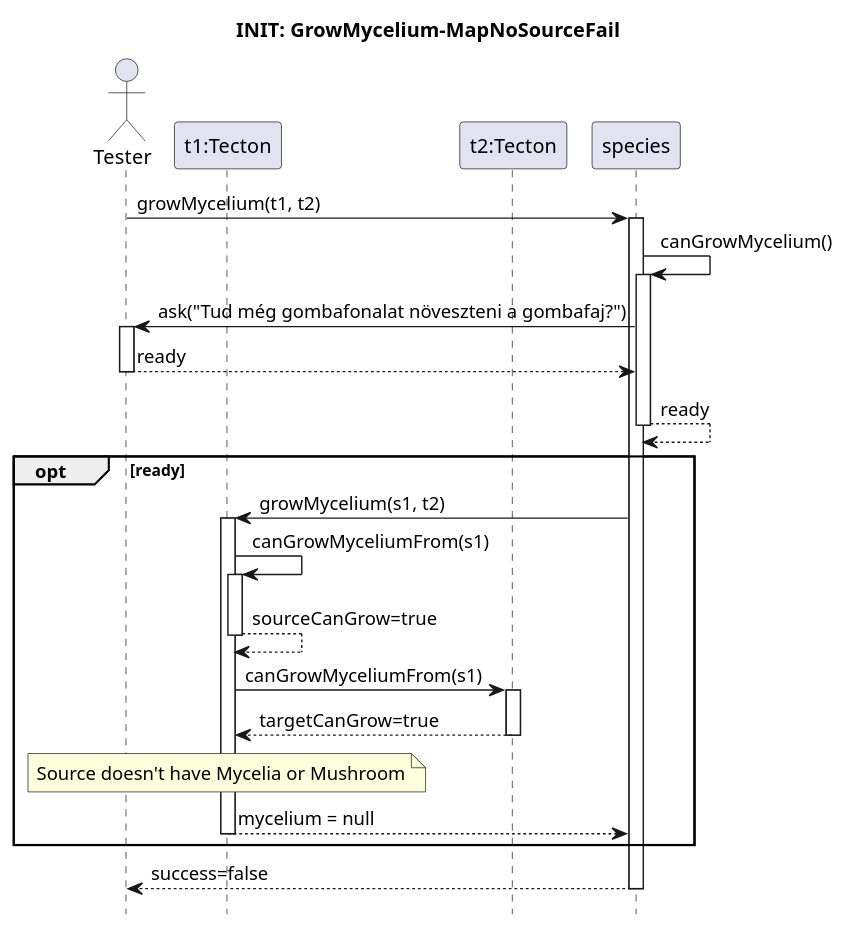
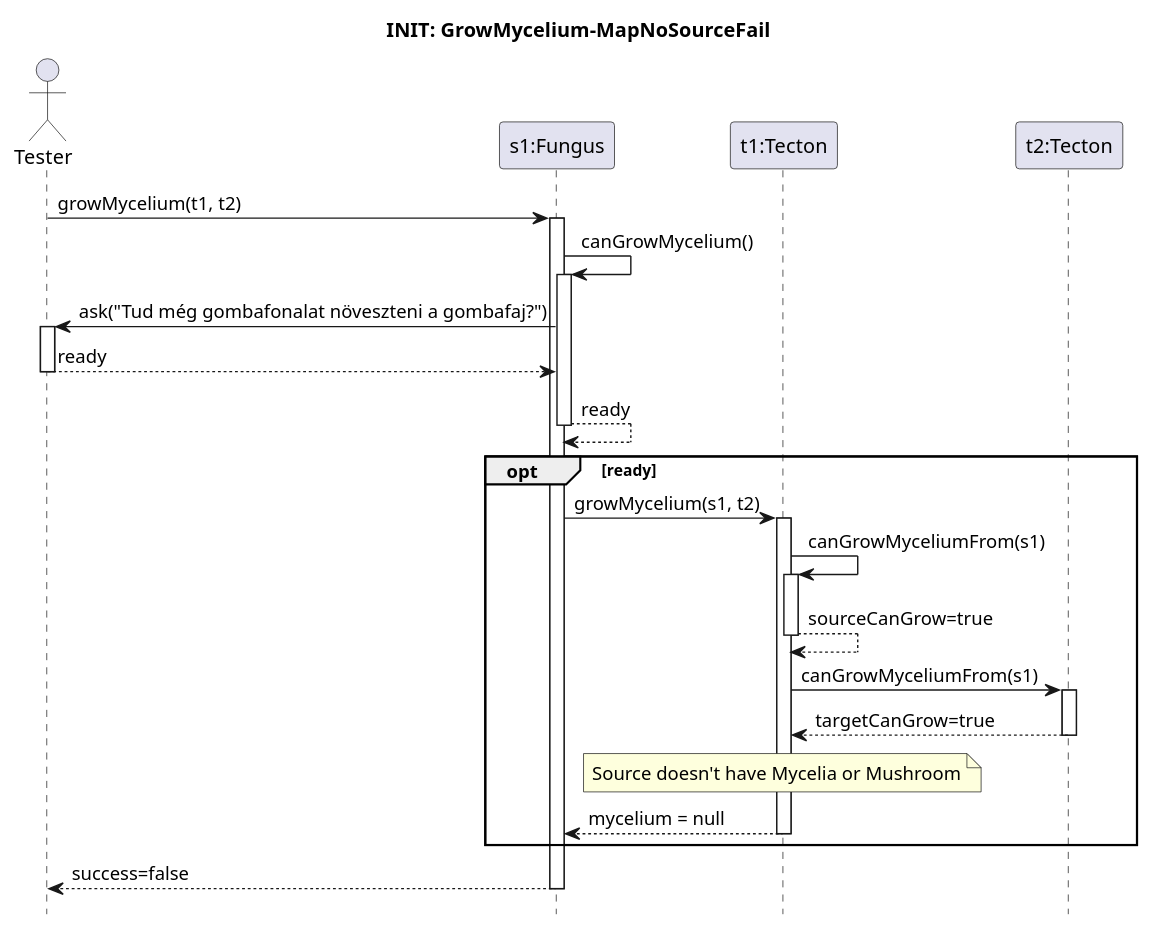
One commit to ZD4ve/projlab-error521 changed the diagram in Skeleton/Grow-mycelium/no-source-fail.puml. Above: the diagram before and after it, drawn with PlantUML. The commit also changed 4 other files, not shown here.

Commit message:
broken skeleton diagrams fixed

```diff
--- a/Skeleton/Grow-mycelium/no-source-fail.puml
+++ b/Skeleton/Grow-mycelium/no-source-fail.puml
@@ -1,38 +1,40 @@
 @startuml grow-mycelium-success
 hide footbox
 
 title INIT: GrowMycelium-MapNoSourceFail
 
 actor Tester
+participant "s1:Fungus" as species
 participant "t1:Tecton" as source
 participant "t2:Tecton" as target
+
 
 Tester -> species : growMycelium(t1, t2)
 activate species
 
 species -> species : canGrowMycelium()
 activate species
 
 Tester <- species : ask("Tud még gombafonalat növeszteni a gombafaj?")
 activate Tester
 return ready
 
 return ready
 
 opt ready
 
     species -> source : growMycelium(s1, t2)
     activate source
         source -> source : canGrowMyceliumFrom(s1)
         activate source
         return sourceCanGrow=true
 
         source -> target : canGrowMyceliumFrom(s1)
         activate target
         return targetCanGrow=true
 
         note over source: Source doesn't have Mycelia or Mushroom
     return mycelium = null
 end
 return success=false
 @enduml
```
